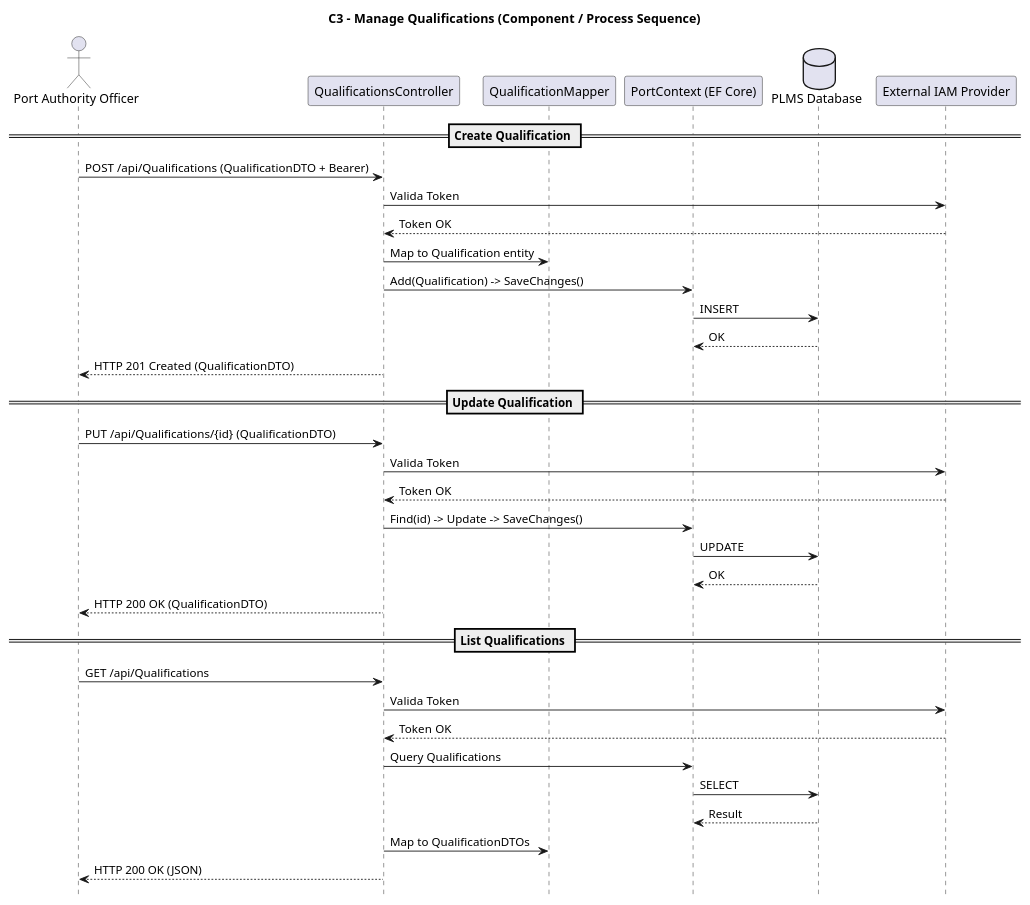
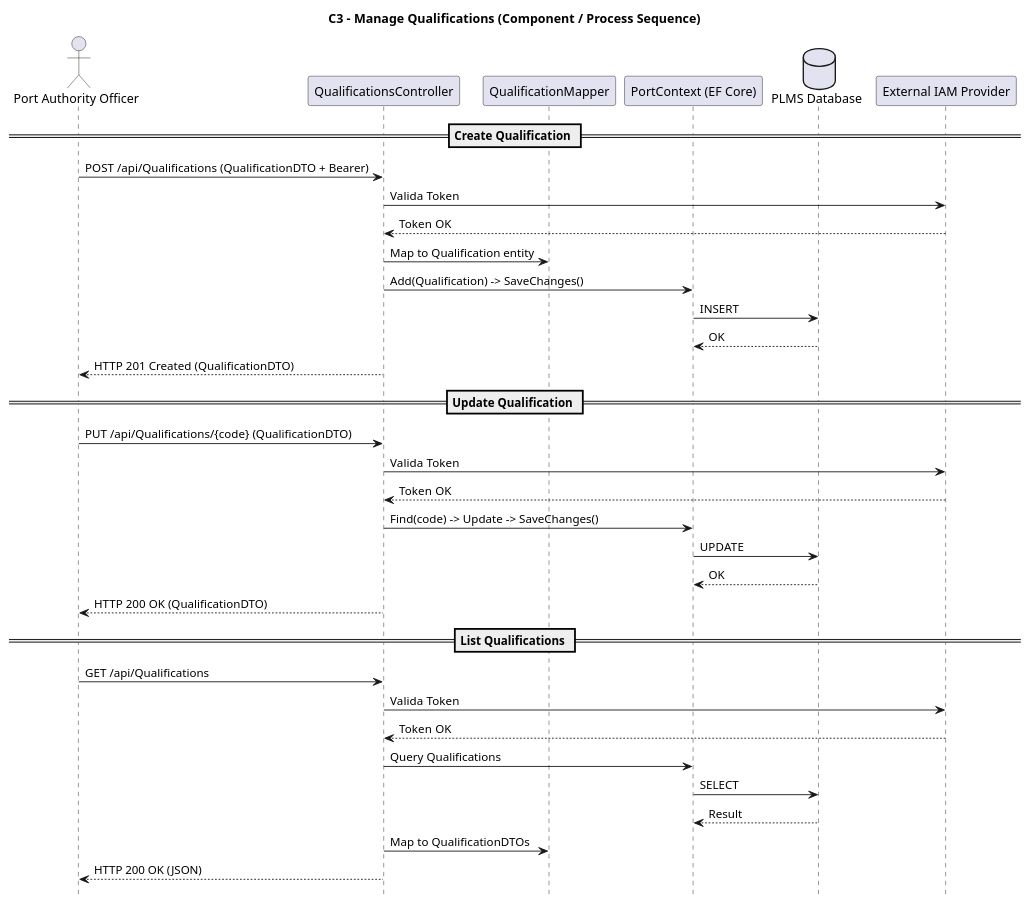
Before and after one commit to Departamento-de-Engenharia-Informatica/LEI-SEM5-PI-2025-26-3DM-03: the diagram in Docs/Sprint A/US 2.2.13/Modelo c4/C3_Processos.puml, drawn with PlantUML. The commit also changed 12 other files, not shown here.

```diff
--- a/Docs/Sprint A/US 2.2.13/Modelo c4/C3_Processos.puml
+++ b/Docs/Sprint A/US 2.2.13/Modelo c4/C3_Processos.puml
@@ -1,41 +1,41 @@
 @startuml C3_Manage_Qualifications_Process_View
 title C3 – Manage Qualifications (Component / Process Sequence)
 hide footbox
 
 actor "Port Authority Officer" as Officer
 participant "QualificationsController" as Controller
 participant "QualificationMapper" as Mapper
 participant "PortContext (EF Core)" as Context
 database "PLMS Database" as DB
 participant "External IAM Provider" as IAM
 
 == Create Qualification ==
 Officer -> Controller : POST /api/Qualifications (QualificationDTO + Bearer)
 Controller -> IAM : Valida Token
 IAM --> Controller : Token OK
 Controller -> Mapper : Map to Qualification entity
 Controller -> Context : Add(Qualification) -> SaveChanges()
 Context -> DB : INSERT
 DB --> Context : OK
 Controller --> Officer : HTTP 201 Created (QualificationDTO)
 
 == Update Qualification ==
-Officer -> Controller : PUT /api/Qualifications/{id} (QualificationDTO)
+Officer -> Controller : PUT /api/Qualifications/{code} (QualificationDTO)
 Controller -> IAM : Valida Token
 IAM --> Controller : Token OK
-Controller -> Context : Find(id) -> Update -> SaveChanges()
+Controller -> Context : Find(code) -> Update -> SaveChanges()
 Context -> DB : UPDATE
 DB --> Context : OK
 Controller --> Officer : HTTP 200 OK (QualificationDTO)
 
 == List Qualifications ==
 Officer -> Controller : GET /api/Qualifications
 Controller -> IAM : Valida Token
 IAM --> Controller : Token OK
 Controller -> Context : Query Qualifications
 Context -> DB : SELECT
 DB --> Context : Result
 Controller -> Mapper : Map to QualificationDTOs
 Controller --> Officer : HTTP 200 OK (JSON)
 
 @enduml
```
